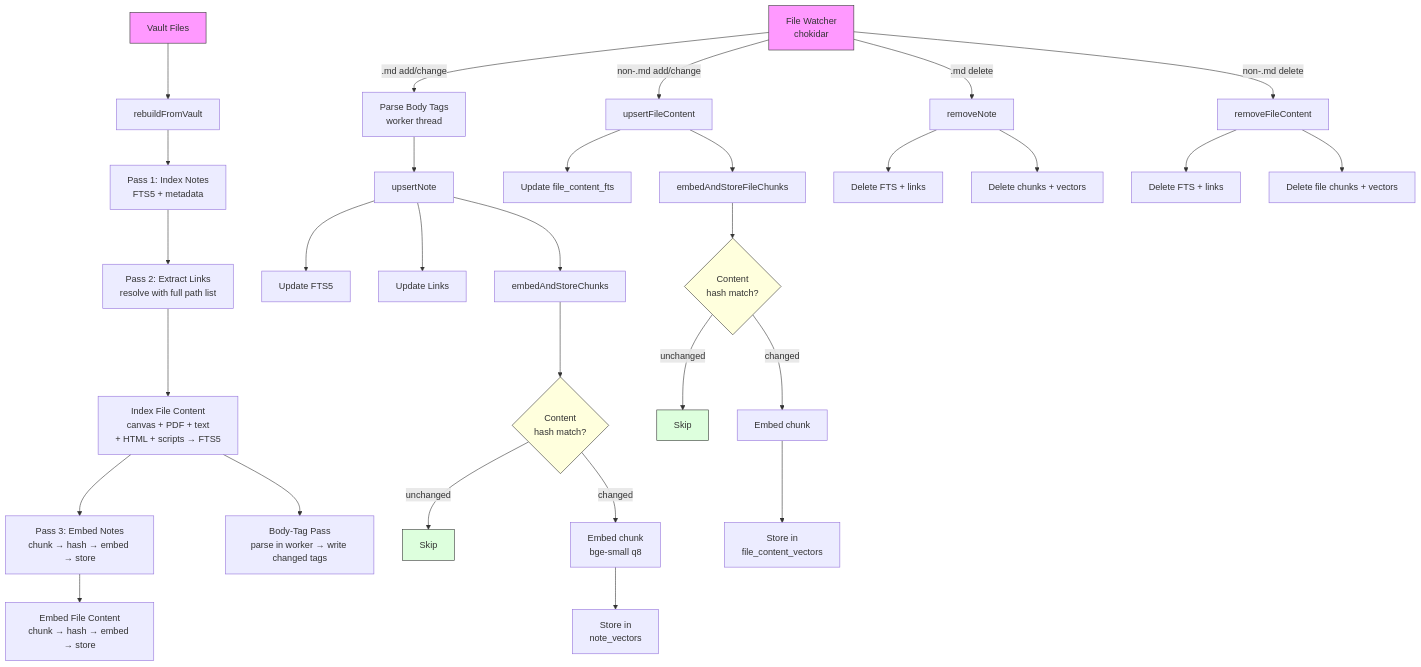
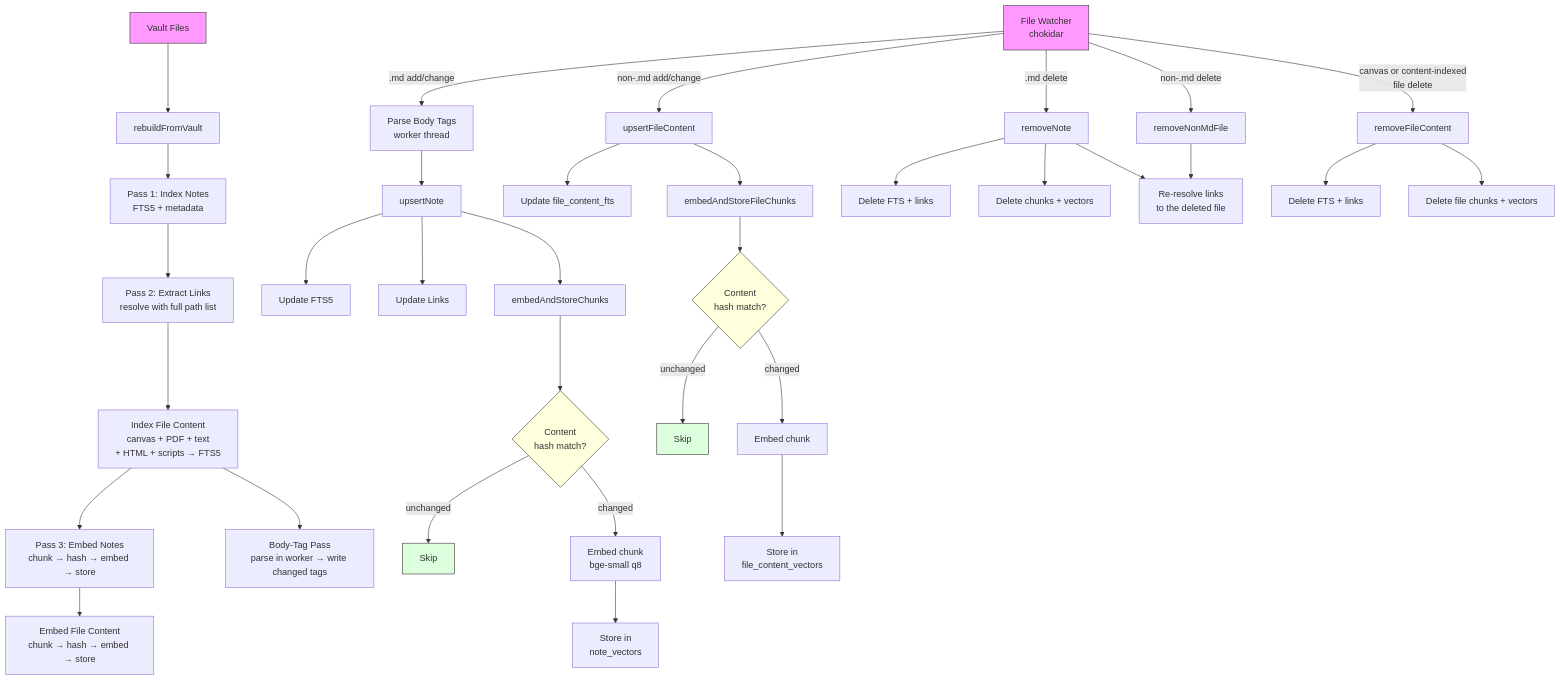
The third of 6 diagrams in ARCHITECTURE.md (aliasunder/vault-cortex), drawn with Mermaid before and after one commit. The commit also changed other lines of this file, not shown here.

Commit message:
docs: show removeNonMdFile and link re-resolution on the delete path
The indexing flowchart sent every non-markdown delete to
removeFileContent, which runs only for a Canvas or a content-indexed
file, and left out the re-resolution both delete paths now run.

Ship-Check: code-quality · claude-opus-5-5

````diff
--- a/ARCHITECTURE.md
+++ b/ARCHITECTURE.md
@@ -612,43 +612,46 @@
 ```mermaid
 flowchart TD
     VF[Vault Files] --> RB[rebuildFromVault]
     RB --> P1[Pass 1: Index Notes\nFTS5 + metadata]
     P1 --> P2[Pass 2: Extract Links\nresolve with full path list]
     P2 --> FC[Index File Content\ncanvas + PDF + text\n+ HTML + scripts → FTS5]
     FC --> P3[Pass 3: Embed Notes\nchunk → hash → embed → store]
     P3 --> P3F[Embed File Content\nchunk → hash → embed → store]
     FC --> BTP[Body-Tag Pass\nparse in worker → write changed tags]
 
     FW[File Watcher\nchokidar] --> |.md add/change| BT[Parse Body Tags\nworker thread]
     BT --> UP[upsertNote]
     UP --> FTS[Update FTS5]
     UP --> LK[Update Links]
     UP --> EM[embedAndStoreChunks]
     EM --> CH{Content\nhash match?}
     CH --> |unchanged| SK[Skip]
     CH --> |changed| EMB[Embed chunk\nbge-small q8]
     EMB --> VEC[Store in\nnote_vectors]
 
     FW --> |non-.md add/change| UFC[upsertFileContent]
     UFC --> FFTS[Update file_content_fts]
     UFC --> EFC[embedAndStoreFileChunks]
     EFC --> FCH{Content\nhash match?}
     FCH --> |unchanged| FSK[Skip]
     FCH --> |changed| FEMB[Embed chunk]
     FEMB --> FVEC[Store in\nfile_content_vectors]
 
     FW --> |.md delete| RM[removeNote]
     RM --> D1[Delete FTS + links]
     RM --> D2[Delete chunks + vectors]
+    RM --> RR[Re-resolve links\nto the deleted file]
 
-    FW --> |non-.md delete| RMF[removeFileContent]
+    FW --> |non-.md delete| RMN[removeNonMdFile]
+    RMN --> RR
+    FW --> |canvas or content-indexed\nfile delete| RMF[removeFileContent]
     RMF --> FD1[Delete FTS + links]
     RMF --> FD2[Delete file chunks + vectors]
 
     style VF fill:#f9f,stroke:#333
     style FW fill:#f9f,stroke:#333
     style CH fill:#ffd,stroke:#333
     style FCH fill:#ffd,stroke:#333
     style SK fill:#dfd,stroke:#333
     style FSK fill:#dfd,stroke:#333
 ```
````
